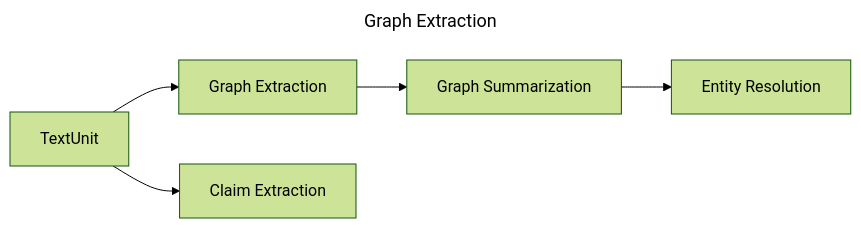
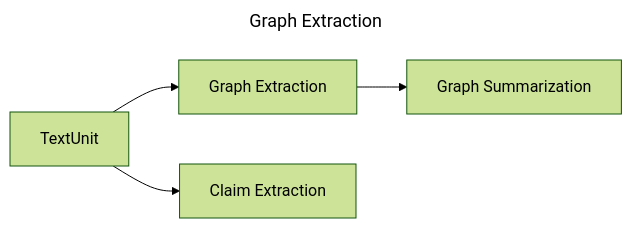
One commit to microsoft/graphrag changed the third of 7 diagrams in docsite/posts/index/1-default_dataflow.md. Above: the diagram before and after it, drawn with Mermaid (forest theme). The commit also changed other lines of this file and 5 other files, not shown here.

Commit message:
Remove outdated references to entity resolution

````diff
--- a/docsite/posts/index/1-default_dataflow.md
+++ b/docsite/posts/index/1-default_dataflow.md
@@ -93,8 +92,8 @@
 ```mermaid
 ---
 title: Graph Extraction
 ---
 flowchart LR
-    tu[TextUnit] --> ge[Graph Extraction] --> gs[Graph Summarization] --> er[Entity Resolution]
+    tu[TextUnit] --> ge[Graph Extraction] --> gs[Graph Summarization]
     tu --> ce[Claim Extraction]
 ```
````
